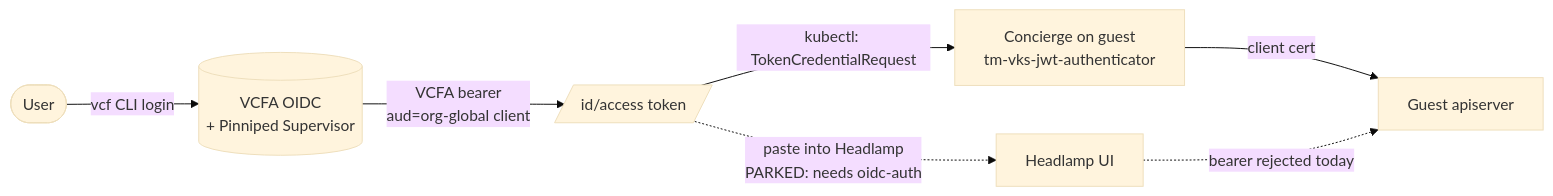
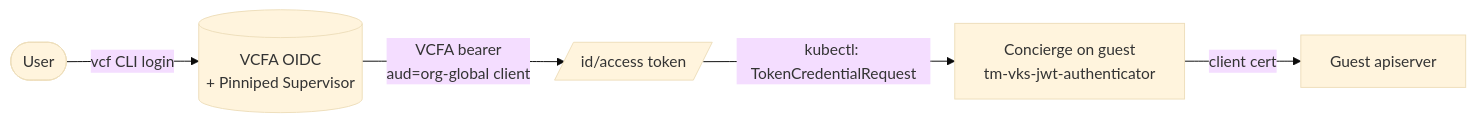
The eighth of 9 diagrams in docs/ARCHITECTURE.md (warroyo/argocd-scaffolding), drawn with Mermaid (base theme) before and after one commit. The commit also changed other lines of this file and 6 other files, not shown here.

First line of the commit message:
docs: narrow the oidc-auth blocker to Concierge's two anonymous paths

````diff
--- a/docs/ARCHITECTURE.md
+++ b/docs/ARCHITECTURE.md
@@ -688,8 +678,6 @@
 ```mermaid
 flowchart LR
   user([User]) -->|vcf CLI login| vcfa[(VCFA OIDC<br/>+ Pinniped Supervisor)]
   vcfa -->|VCFA bearer<br/>aud=org-global client| tok[/id/access token/]
   tok -->|kubectl: TokenCredentialRequest| concierge[Concierge on guest<br/>tm-vks-jwt-authenticator] -->|client cert| api1[Guest apiserver]
-  tok -.->|paste into Headlamp<br/>PARKED: needs oidc-auth| hl[Headlamp UI]
-  hl -.->|bearer rejected today| api1
 ```
````
